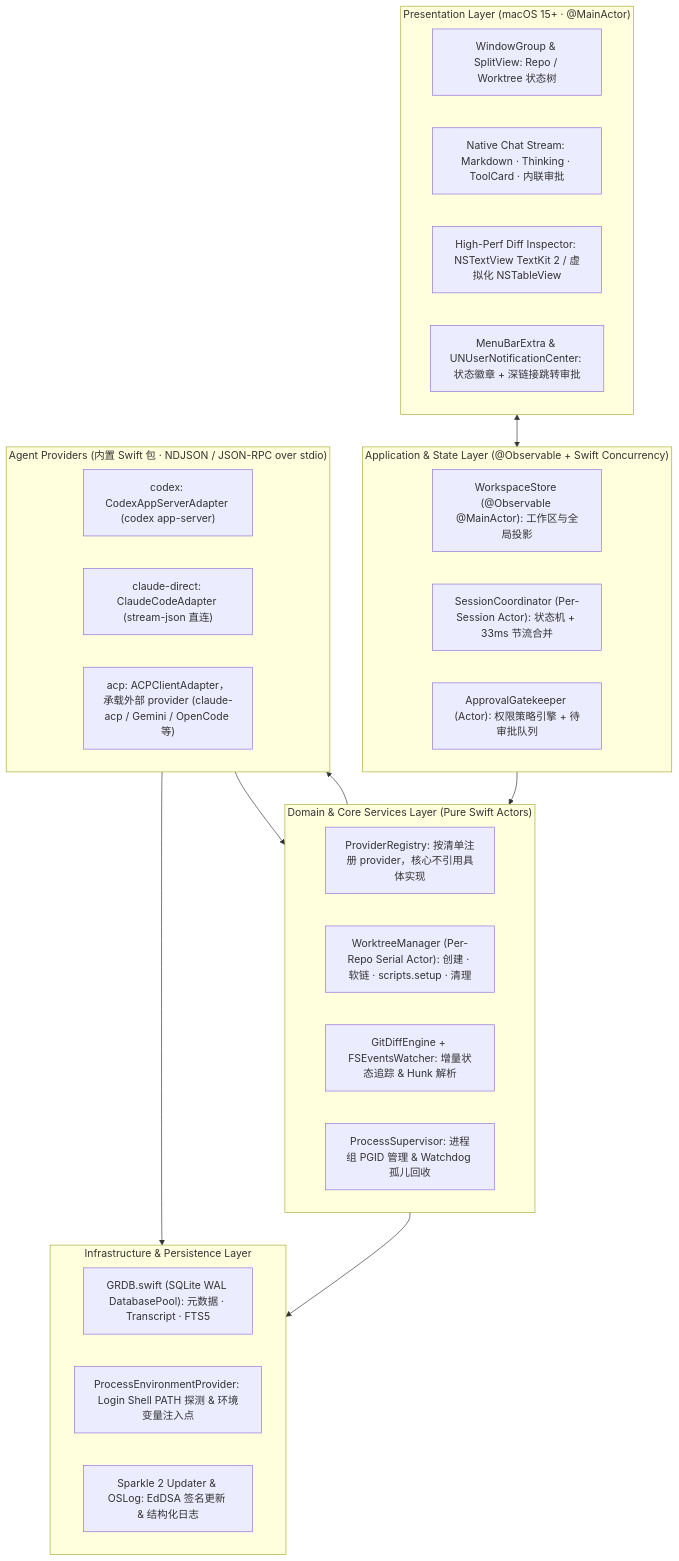
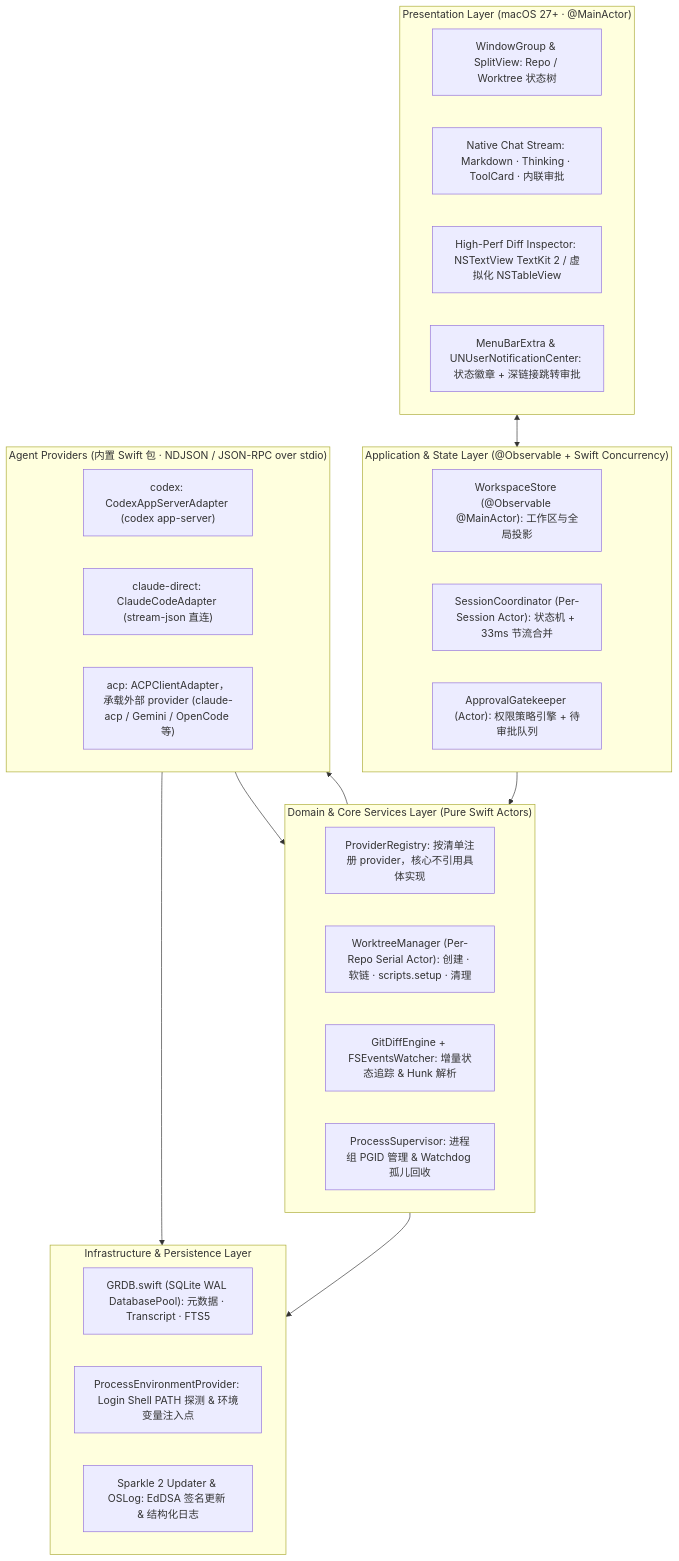
The first of 4 diagrams in docs/02-architecture.md (julytang/Shepherd), drawn with Mermaid before and after one commit. The commit also changed other lines of this file and 5 other files, not shown here.

````diff
--- a/docs/02-architecture.md
+++ b/docs/02-architecture.md
@@ -85,46 +85,46 @@
 ```mermaid
 flowchart TB
-    subgraph UI["Presentation Layer (macOS 15+ · @MainActor)"]
+    subgraph UI["Presentation Layer (macOS 27+ · @MainActor)"]
         direction LR
         Nav["WindowGroup & SplitView: Repo / Worktree 状态树"]
         Chat["Native Chat Stream: Markdown · Thinking · ToolCard · 内联审批"]
         Diff["High-Perf Diff Inspector: NSTextView TextKit 2 / 虚拟化 NSTableView"]
         Menu["MenuBarExtra & UNUserNotificationCenter: 状态徽章 + 深链接跳转审批"]
     end
 
     subgraph State["Application & State Layer (@Observable + Swift Concurrency)"]
         direction LR
         AppStore["WorkspaceStore (@Observable @MainActor): 工作区与全局投影"]
         SessionCoord["SessionCoordinator (Per-Session Actor): 状态机 + 33ms 节流合并"]
         Gatekeeper["ApprovalGatekeeper (Actor): 权限策略引擎 + 待审批队列"]
     end
 
     subgraph Domain["Domain & Core Services Layer (Pure Swift Actors)"]
         direction LR
         RuntimeMgr["ProviderRegistry: 按清单注册 provider，核心不引用具体实现"]
         WTMgr["WorktreeManager (Per-Repo Serial Actor): 创建 · 软链 · scripts.setup · 清理"]
         DiffEngine["GitDiffEngine + FSEventsWatcher: 增量状态追踪 & Hunk 解析"]
         Supervisor["ProcessSupervisor: 进程组 PGID 管理 & Watchdog 孤儿回收"]
     end
 
     subgraph Adapters["Agent Providers (内置 Swift 包 · NDJSON / JSON-RPC over stdio)"]
         direction LR
         CodexAdp["codex: CodexAppServerAdapter (codex app-server)"]
         ClaudeAdp["claude-direct: ClaudeCodeAdapter (stream-json 直连)"]
         ACPAdp["acp: ACPClientAdapter，承载外部 provider (claude-acp / Gemini / OpenCode 等)"]
     end
 
     subgraph Infra["Infrastructure & Persistence Layer"]
         direction LR
         DB["GRDB.swift (SQLite WAL DatabasePool): 元数据 · Transcript · FTS5"]
         Env["ProcessEnvironmentProvider: Login Shell PATH 探测 & 环境变量注入点"]
         Update["Sparkle 2 Updater & OSLog: EdDSA 签名更新 & 结构化日志"]
     end
 
     UI <--> State
     State --> Domain
     Domain --> Adapters
     Domain --> Infra
     Adapters --> Supervisor
     Adapters --> Env
 ```
````
